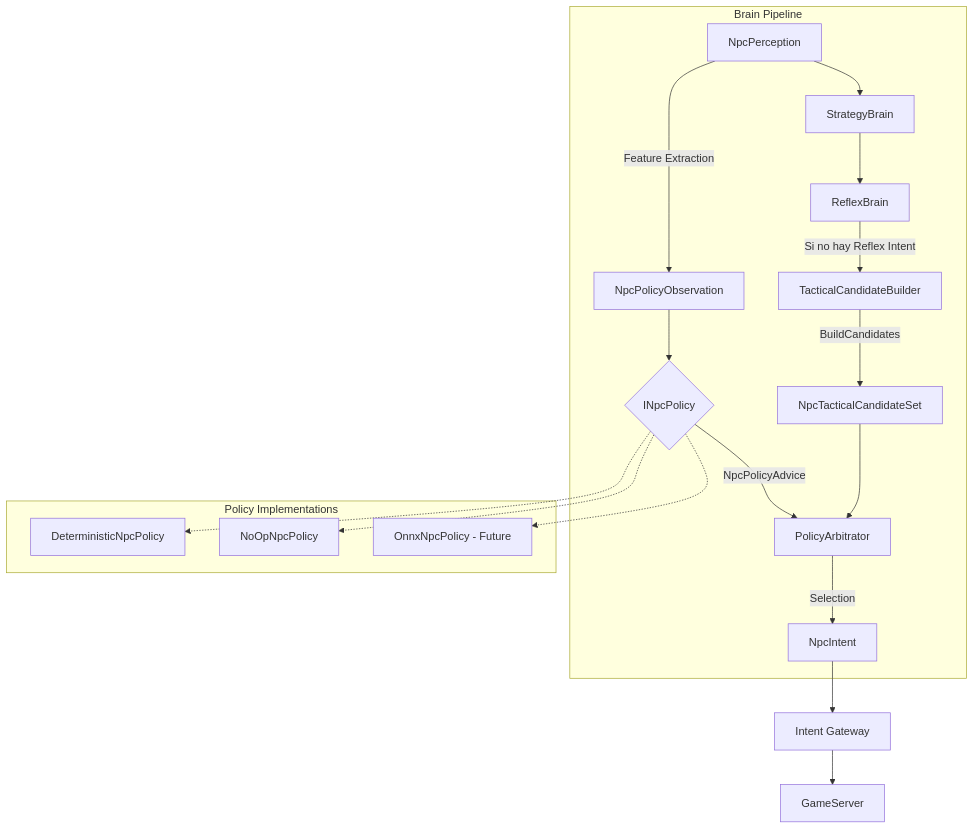
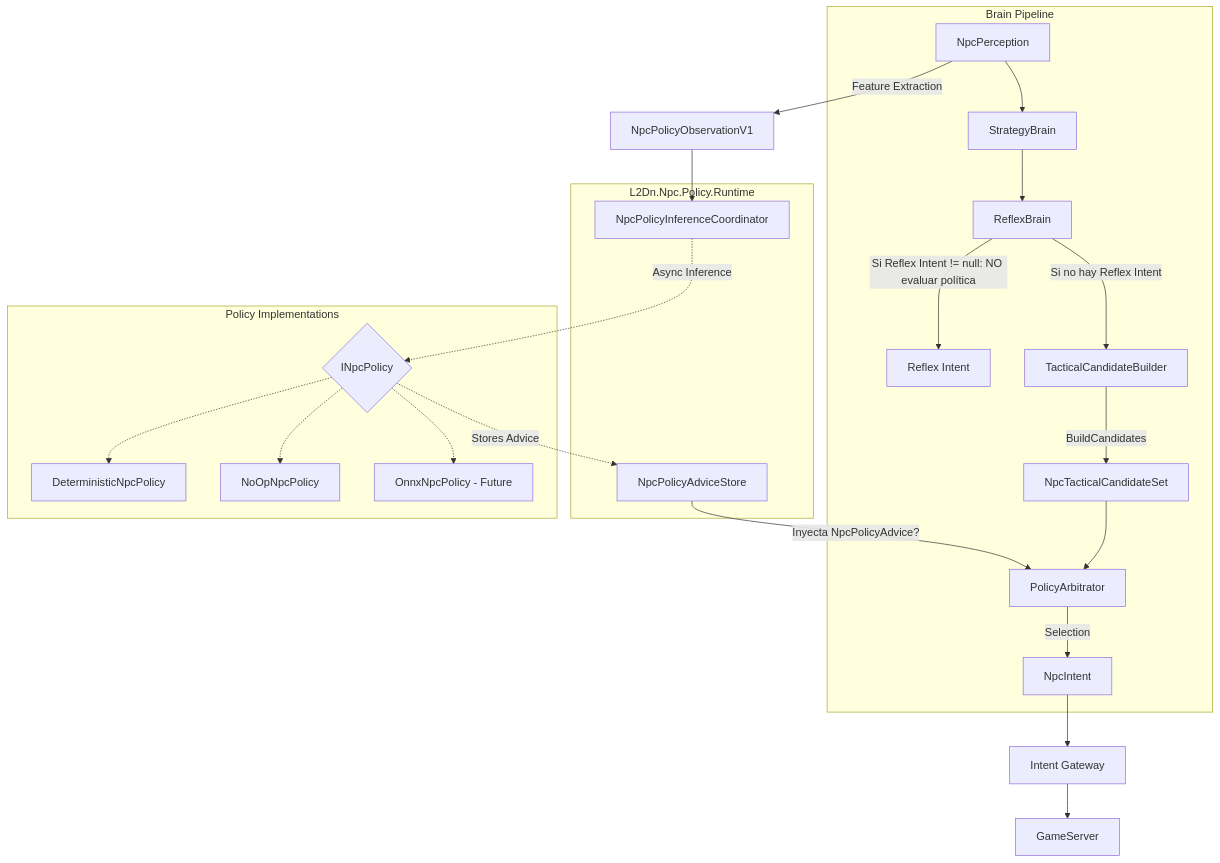
The diagram in L2Dn/Documentation/Architecture/Roadmap/02_Fase_4D_Policy_Foundation.md (Oravlalesco/l2dn-server), drawn with Mermaid before and after one commit. The commit also changed other lines of this file and 11 other files, not shown here.

Commit message:
docs(npc-ai): add ADR-017, subphase 4B.5, and update arbitration semantics across roadmap

````diff
--- a/L2Dn/Documentation/Architecture/Roadmap/02_Fase_4D_Policy_Foundation.md
+++ b/L2Dn/Documentation/Architecture/Roadmap/02_Fase_4D_Policy_Foundation.md
@@ -16,25 +16,34 @@
 ```mermaid
 graph TD
-    A[NpcPerception] -->|Feature Extraction| B[NpcPolicyObservation]
+    A[NpcPerception] -->|Feature Extraction| B[NpcPolicyObservationV1]
+    
+    subgraph L2Dn.Npc.Policy.Runtime
+    IC[NpcPolicyInferenceCoordinator]
+    AS[NpcPolicyAdviceStore]
+    end
+    
+    B --> IC
+    IC -.->|Async Inference| PolicyLayer{INpcPolicy}
+    PolicyLayer -.->|Stores Advice| AS
     
     subgraph Brain Pipeline
     A --> S[StrategyBrain]
     S --> R[ReflexBrain]
+    R -->|Si Reflex Intent != null: NO evaluar política| END_REFLEX[Reflex Intent]
     R -->|Si no hay Reflex Intent| T[TacticalCandidateBuilder]
     T -->|BuildCandidates| CS[NpcTacticalCandidateSet]
     
-    CS --> PA[PolicyArbitrator]
-    B --> PolicyLayer{INpcPolicy}
-    PolicyLayer -->|NpcPolicyAdvice| PA
+    AS -->|Inyecta NpcPolicyAdvice?| PA[PolicyArbitrator]
+    CS --> PA
     PA -->|Selection| I[NpcIntent]
     end
     
     subgraph Policy Implementations
     PolicyLayer -.-> D[DeterministicNpcPolicy]
     PolicyLayer -.-> E[NoOpNpcPolicy]
     PolicyLayer -.-> F[OnnxNpcPolicy - Future]
     end
     
     I --> IG[Intent Gateway]
     IG --> L[GameServer]
 ```
````
